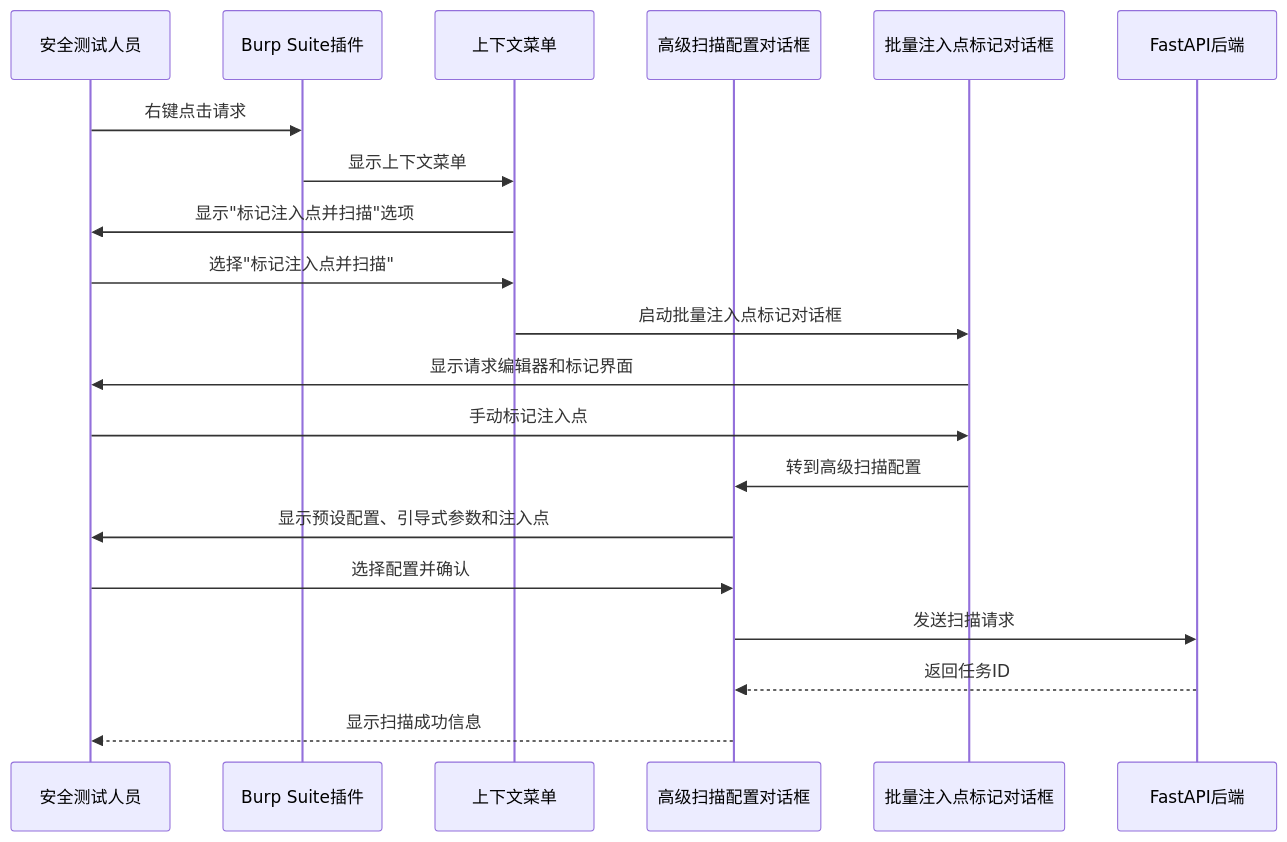
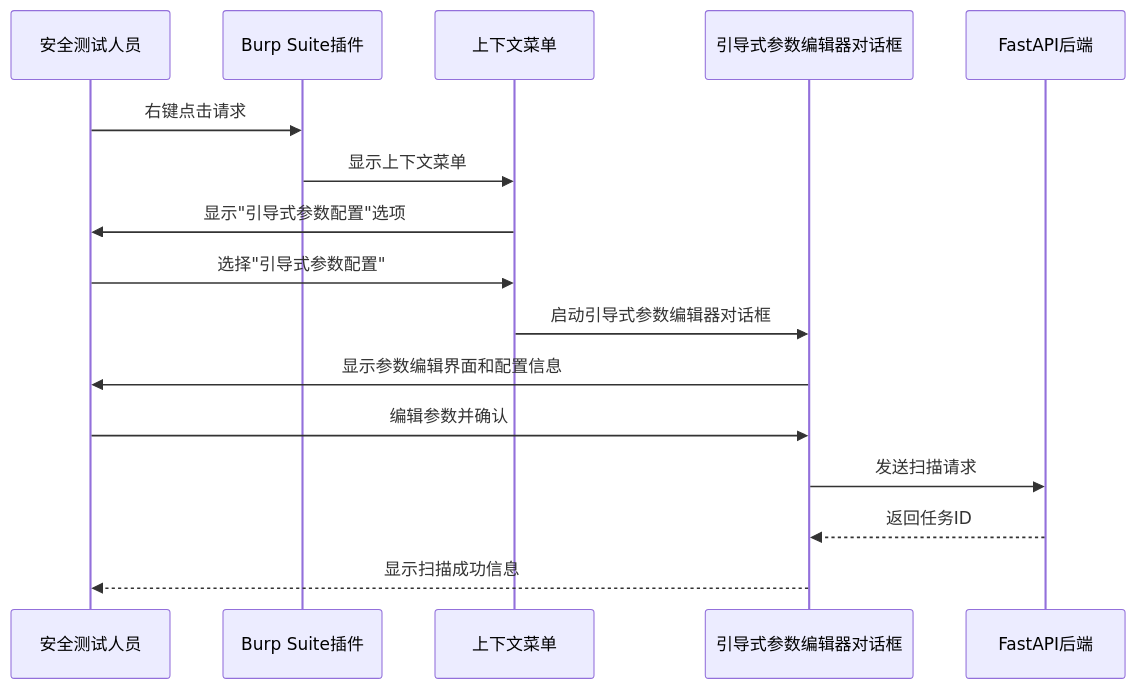
The third of 8 diagrams in .qoder/repowiki/zh/content/外部系统集成/Burp Suite插件集成/Burp Suite插件集成.md (GitHubNull/sqlmapWebUI), drawn with Mermaid before and after one commit. The commit also changed other lines of this file and 9 other files, not shown here.

````diff
--- a/.qoder/repowiki/zh/content/外部系统集成/Burp Suite插件集成/Burp Suite插件集成.md
+++ b/.qoder/repowiki/zh/content/外部系统集成/Burp Suite插件集成/Burp Suite插件集成.md
@@ -119,22 +124,18 @@
 ```mermaid
 sequenceDiagram
 participant Tester as 安全测试人员
 participant Burp as Burp Suite插件
 participant ContextMenu as 上下文菜单
-participant AdvancedDialog as 高级扫描配置对话框
-participant BatchDialog as 批量注入点标记对话框
+participant GuidedDialog as 引导式参数编辑器对话框
 participant API as FastAPI后端
 Tester->>Burp : 右键点击请求
 Burp->>ContextMenu : 显示上下文菜单
-ContextMenu->>Tester : 显示"标记注入点并扫描"选项
-Tester->>ContextMenu : 选择"标记注入点并扫描"
-ContextMenu->>BatchDialog : 启动批量注入点标记对话框
-BatchDialog->>Tester : 显示请求编辑器和标记界面
-Tester->>BatchDialog : 手动标记注入点
-BatchDialog->>AdvancedDialog : 转到高级扫描配置
-AdvancedDialog->>Tester : 显示预设配置、引导式参数和注入点
-Tester->>AdvancedDialog : 选择配置并确认
-AdvancedDialog->>API : 发送扫描请求
-API-->>AdvancedDialog : 返回任务ID
-AdvancedDialog-->>Tester : 显示扫描成功信息
+ContextMenu->>Tester : 显示"引导式参数配置"选项
+Tester->>ContextMenu : 选择"引导式参数配置"
+ContextMenu->>GuidedDialog : 启动引导式参数编辑器对话框
+GuidedDialog->>Tester : 显示参数编辑界面和配置信息
+Tester->>GuidedDialog : 编辑参数并确认
+GuidedDialog->>API : 发送扫描请求
+API-->>GuidedDialog : 返回任务ID
+GuidedDialog-->>Tester : 显示扫描成功信息
 ```
````
